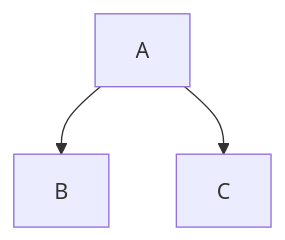
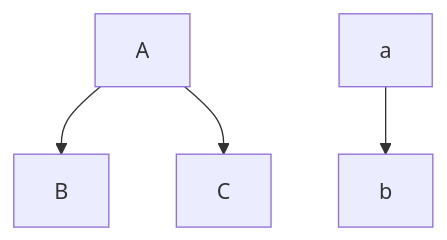
One commit to ghtfujita/test changed the diagram in test.md. Above: the diagram before and after it, drawn with Mermaid.

````diff
--- a/test.md
+++ b/test.md
@@ -1,5 +1,6 @@
 ```mermaid
 graph TD;
  A --> B
  A -->C
+ a -->b
 ```
````
